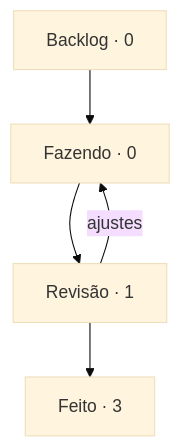
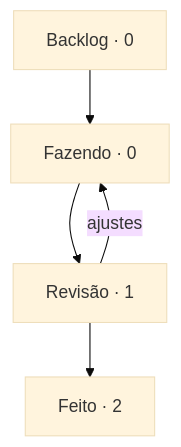
Before and after one commit to StudioVibi/VibiKanban: the diagram in boards/dungeon-bend/BOARD.md, drawn with Mermaid (base theme). The commit also changed other lines of this file and 2 other files, not shown here.

````diff
--- a/boards/dungeon-bend/BOARD.md
+++ b/boards/dungeon-bend/BOARD.md
@@ -5,10 +5,10 @@
 ```mermaid
 flowchart TD
   backlog["Backlog · 0"] --> doing["Fazendo · 0"]
   doing --> review["Revisão · 1"]
-  review --> done["Feito · 3"]
+  review --> done["Feito · 2"]
   review -->|ajustes| doing
   doing:::blue
   review:::yellow
   done:::green
 ```
````
